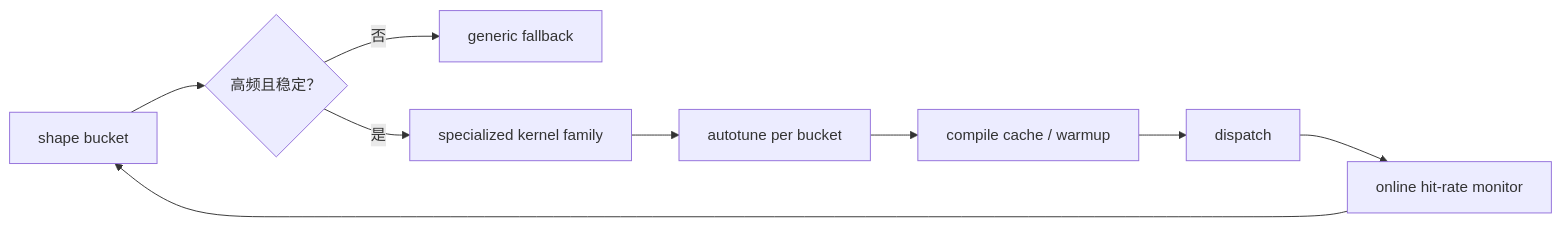
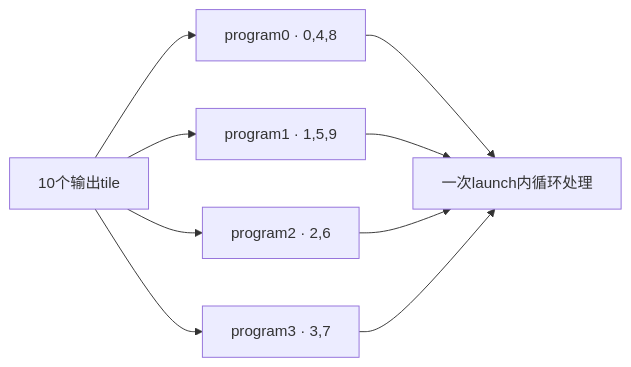
Before and after one commit to Charles2530/Charles-AI-notes: the diagram in files/operators/advanced-kernel-patterns-and-shape-specialization.md, drawn with Mermaid. The commit also changed other lines of this file and 954 other files, not shown here.

````diff
--- a/files/operators/advanced-kernel-patterns-and-shape-specialization.md
+++ b/files/operators/advanced-kernel-patterns-and-shape-specialization.md
@@ -79,11 +22,11 @@
 ```mermaid
 flowchart LR
-    A["shape bucket"] --> B{"高频且稳定？"}
-    B -- "否" --> C["generic fallback"]
-    B -- "是" --> D["specialized kernel family"]
-    D --> E["autotune per bucket"]
-    E --> F["compile cache / warmup"]
-    F --> G["dispatch"]
-    G --> H["online hit-rate monitor"]
-    H --> A
+  T["10个输出tile"] --> P0["program0 · 0,4,8"]
+  T --> P1["program1 · 1,5,9"]
+  T --> P2["program2 · 2,6"]
+  T --> P3["program3 · 3,7"]
+  P0 --> W["一次launch内循环处理"]
+  P1 --> W
+  P2 --> W
+  P3 --> W
 ```
````
